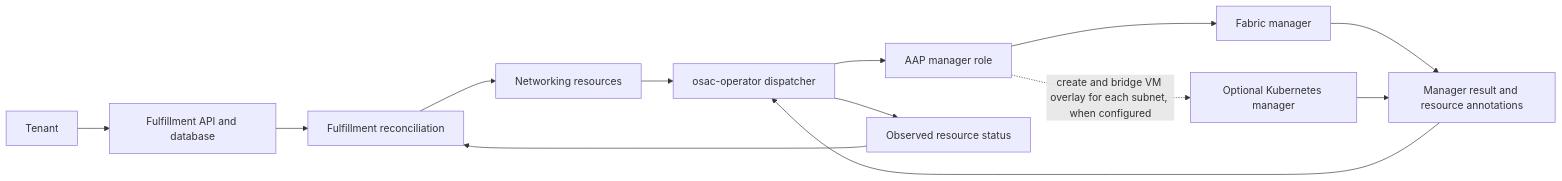
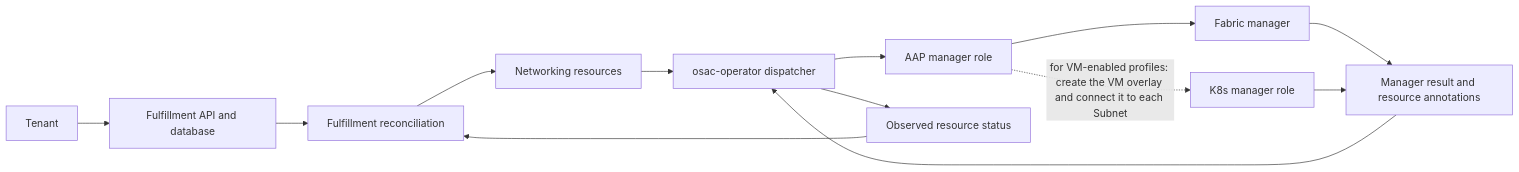
One commit to danmanor/enhancement-proposals changed the diagram in enhancements/OSAC-1433-unified-networking/design.md. Above: the diagram before and after it, drawn with Mermaid. The commit also changed other lines of this file and 1 other file, not shown here.

````diff
--- a/enhancements/OSAC-1433-unified-networking/design.md
+++ b/enhancements/OSAC-1433-unified-networking/design.md
@@ -101,15 +134,15 @@
 ```mermaid
 flowchart LR
     Tenant --> API["Fulfillment API and database"]
     API --> Reconcile["Fulfillment reconciliation"]
     Reconcile --> Resources["Networking resources"]
     Resources --> Operator["osac-operator dispatcher"]
     Operator --> AAP["AAP manager role"]
     AAP --> Fabric["Fabric manager"]
-    AAP -. "create and bridge VM overlay for each subnet, when configured" .-> K8s["Optional Kubernetes manager"]
+    AAP -. "for VM-enabled profiles: create the VM overlay and connect it to each Subnet" .-> K8s["K8s manager role"]
     Fabric --> Result["Manager result and resource annotations"]
     K8s --> Result
     Result --> Operator
     Operator --> Status["Observed resource status"]
     Status --> Reconcile
 ```
````
